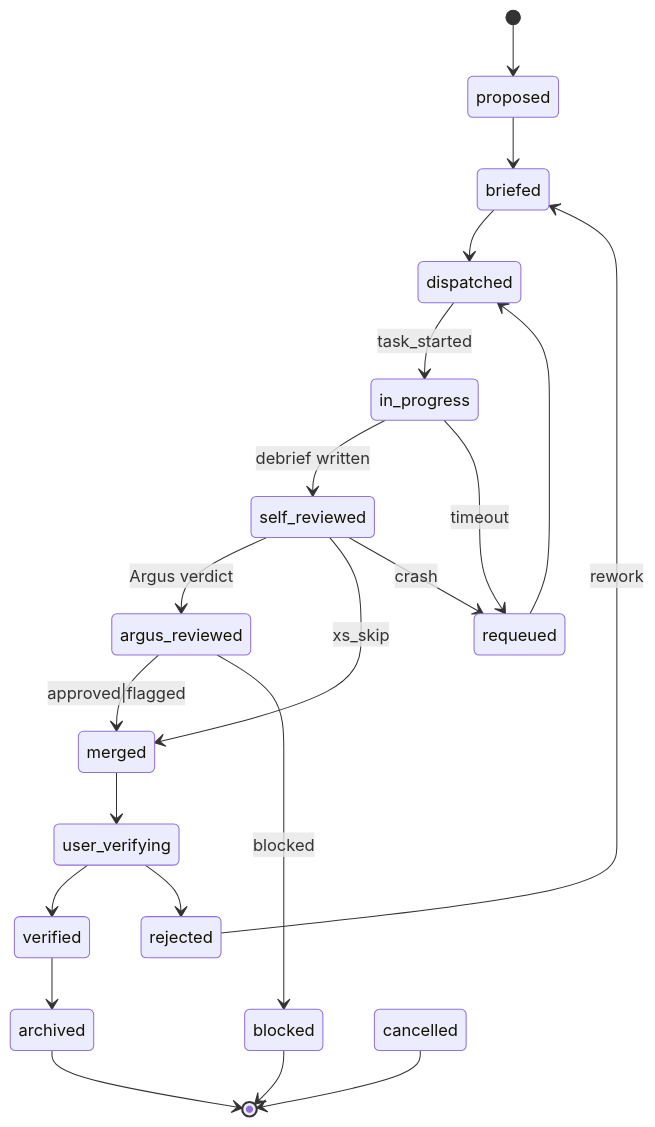
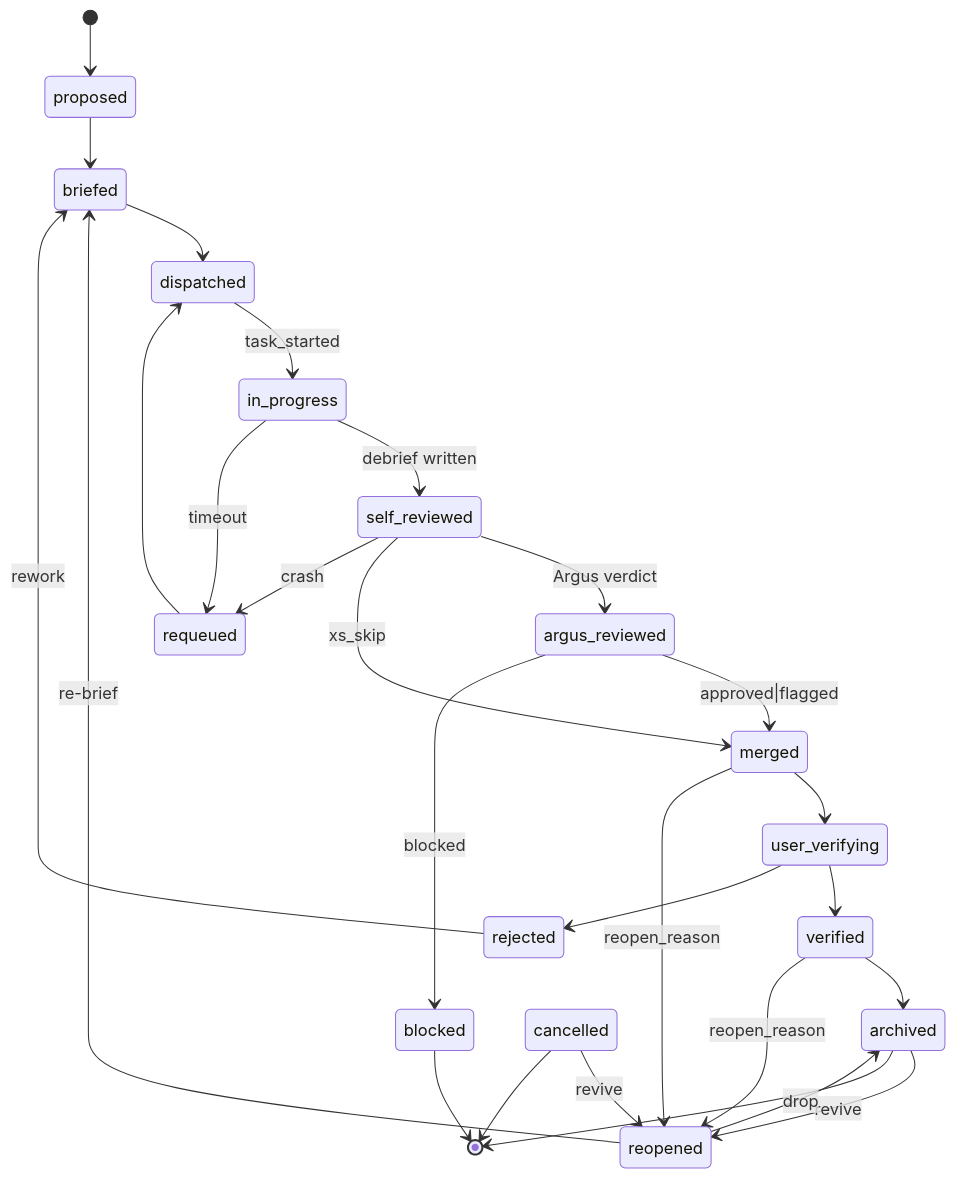
Before and after one commit to v-i-s-h-a-l/generic-dev-studio: the diagram in _shared/state-machines/task-lifecycle.md, drawn with Mermaid. The commit also changed other lines of this file and 14 other files, not shown here.

````diff
--- a/_shared/state-machines/task-lifecycle.md
+++ b/_shared/state-machines/task-lifecycle.md
@@ -83,23 +92,29 @@
 ```mermaid
 stateDiagram-v2
   [*] --> proposed
   proposed --> briefed
   briefed --> dispatched
   dispatched --> in_progress: task_started
   in_progress --> self_reviewed: debrief written
   self_reviewed --> argus_reviewed: Argus verdict
   self_reviewed --> merged: xs_skip
   argus_reviewed --> merged: approved|flagged
   argus_reviewed --> blocked: blocked
   merged --> user_verifying
   user_verifying --> verified
   user_verifying --> rejected
   rejected --> briefed: rework
   verified --> archived
+  verified --> reopened: reopen_reason
+  merged --> reopened: reopen_reason
+  archived --> reopened: revive
+  cancelled --> reopened: revive
+  reopened --> briefed: re-brief
+  reopened --> archived: drop
   in_progress --> requeued: timeout
   self_reviewed --> requeued: crash
   requeued --> dispatched
   blocked --> [*]
   cancelled --> [*]
   archived --> [*]
 ```
````
